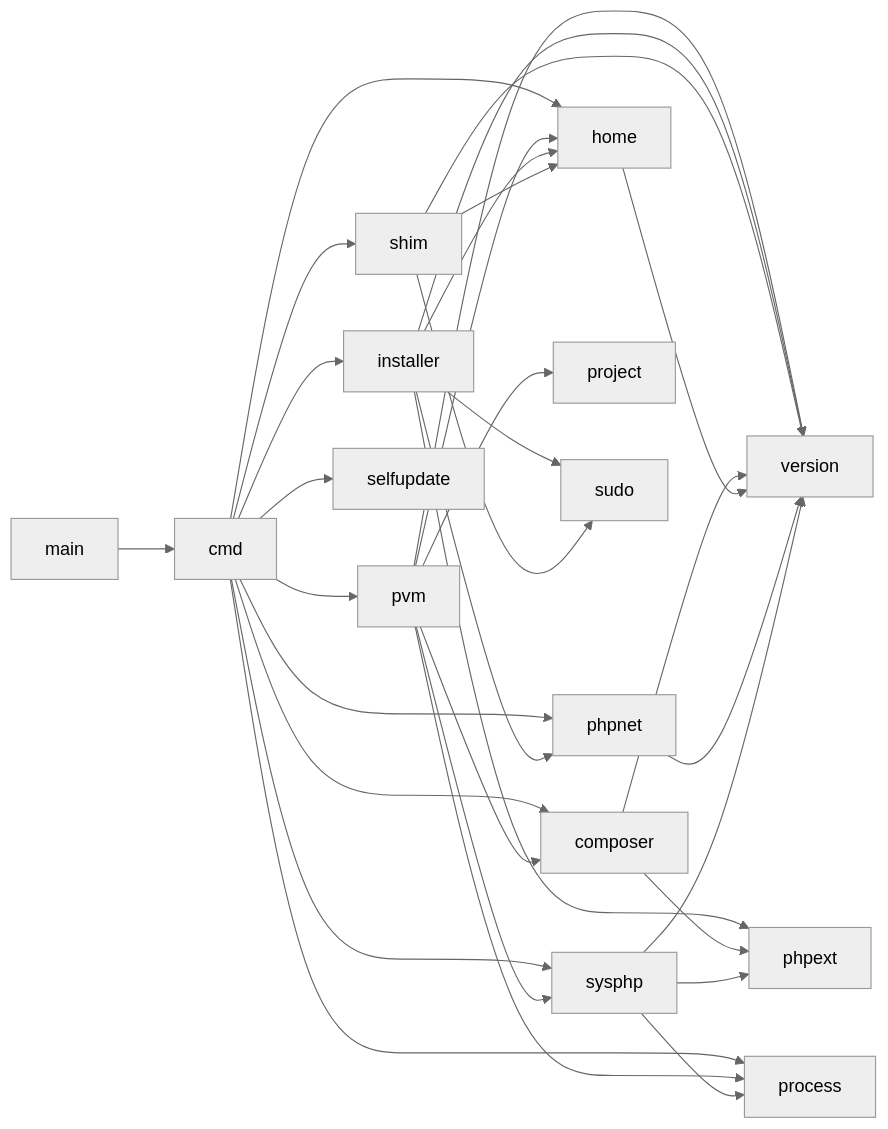
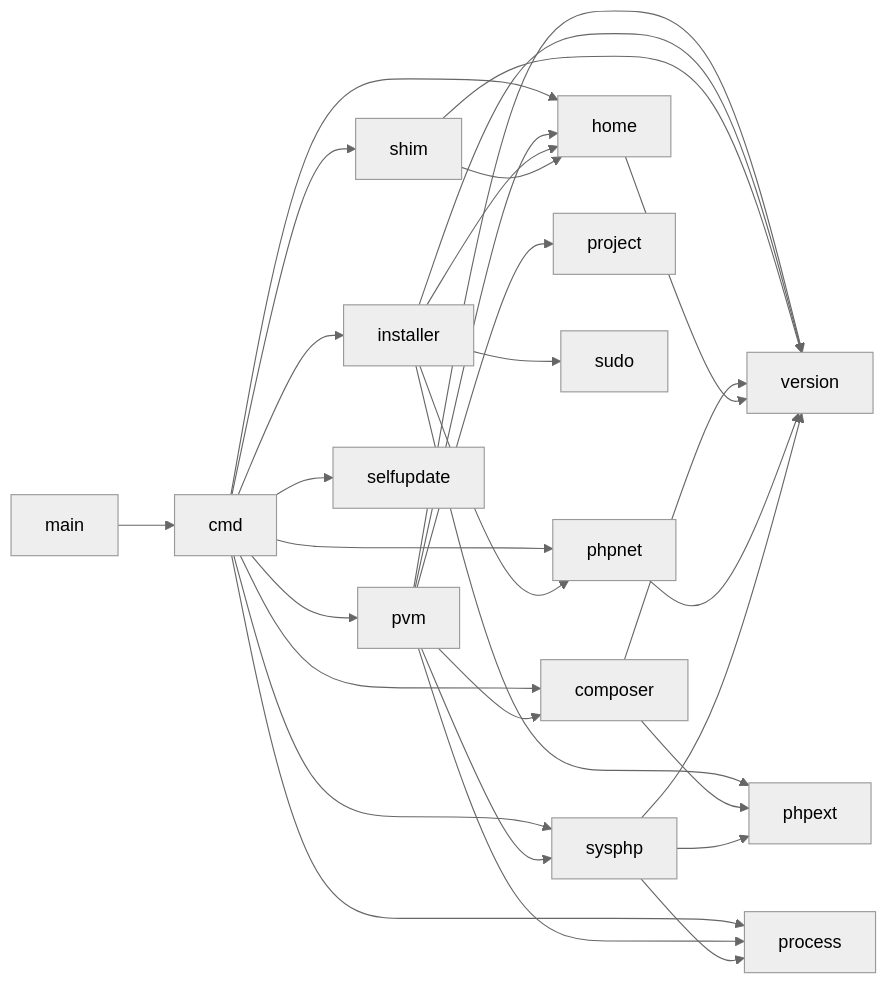
The diagram in docs/architecture.md (rejmann/pvm), drawn with Mermaid (neutral theme) before and after one commit. The commit also changed other lines of this file and 23 other files, not shown here.

````diff
--- a/docs/architecture.md
+++ b/docs/architecture.md
@@ -68,12 +67,12 @@
 ```mermaid
 flowchart LR
     main --> cmd
     cmd --> pvm
     cmd --> installer & shim & composer & process & sysphp & phpnet & selfupdate & home
     pvm --> home & composer & process & project & sysphp & version
     installer --> home & phpext & phpnet & sudo & version
-    shim --> home & sudo & version
+    shim --> home & version
     composer & home & phpnet & sysphp --> version
     composer & sysphp --> phpext
     sysphp --> process
 ```
````
